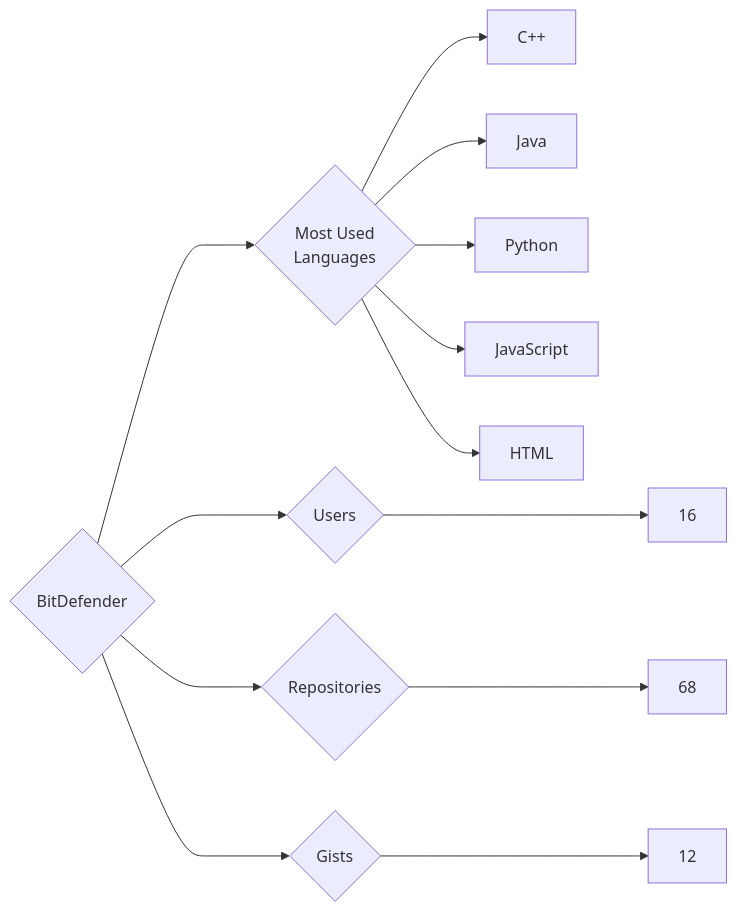
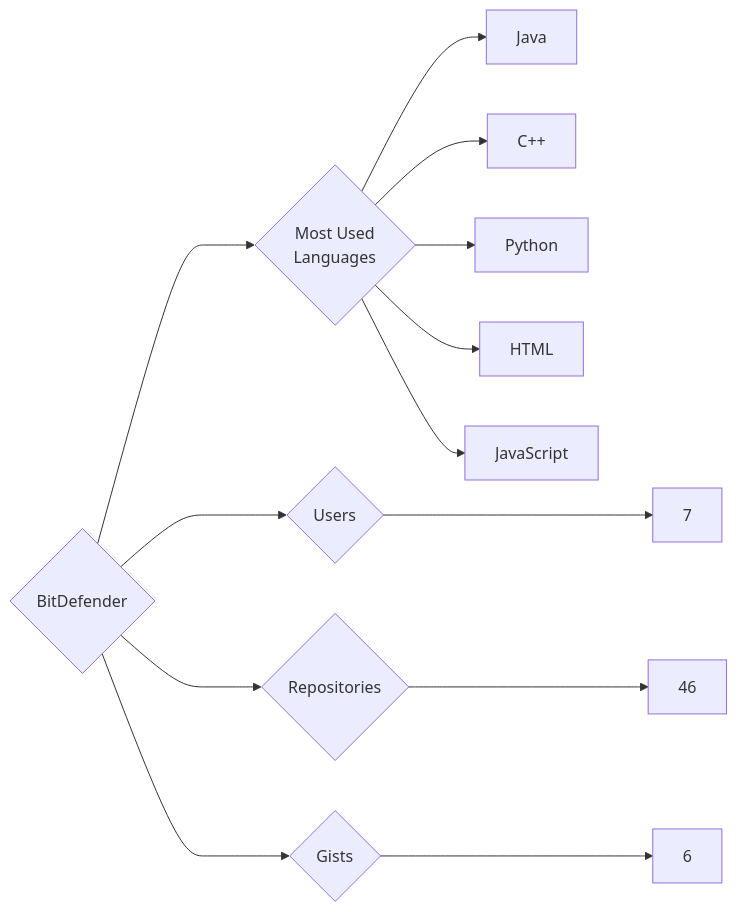
Before and after one commit to trickest/insiders: the diagram in targets/BitDefender/README.md, drawn with Mermaid. The commit also changed 752 other files, not shown here.

````diff
--- a/targets/BitDefender/README.md
+++ b/targets/BitDefender/README.md
@@ -3,13 +3,13 @@
 ```mermaid
 graph LR
 COMPANY_NAME{BitDefender}
-COMPANY_NAME ---> U{Users} ---> UN[16]
-COMPANY_NAME ---> R{Repositories} ---> RN[68]
-COMPANY_NAME ---> G{Gists} ---> GN[12]
+COMPANY_NAME ---> U{Users} ---> UN[7]
+COMPANY_NAME ---> R{Repositories} ---> RN[46]
+COMPANY_NAME ---> G{Gists} ---> GN[6]
 COMPANY_NAME ---> ML{Most Used<br>Languages}
+ML --> Java[Java]
 ML --> C++[C++]
-ML --> Java[Java]
 ML --> Python[Python]
+ML --> HTML[HTML]
 ML --> JavaScript[JavaScript]
-ML --> HTML[HTML]
 ```
````
